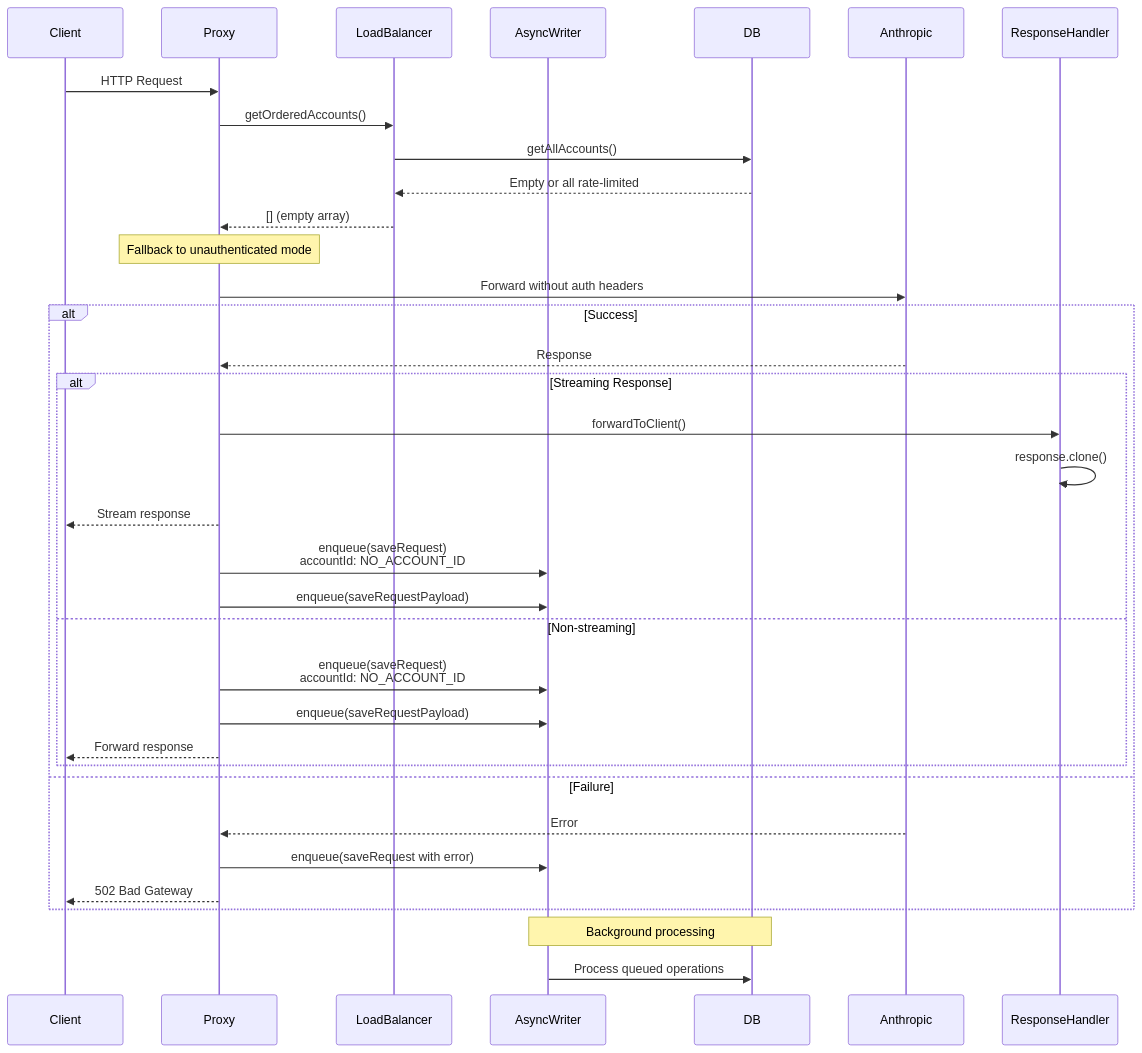
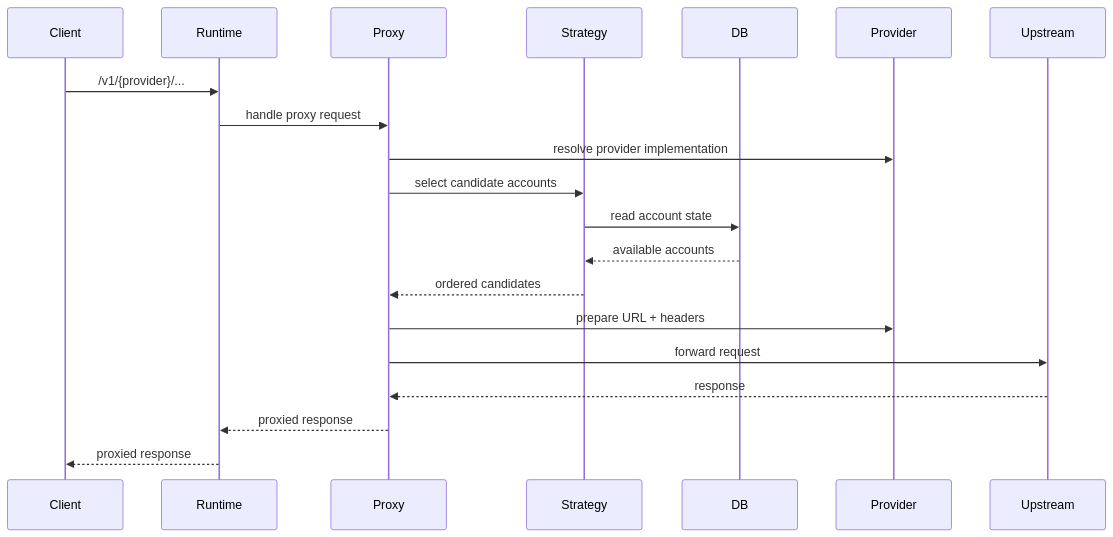
Before and after one commit to zenprocess/better-ccflare: the second of 6 diagrams in docs/data-flow.md, drawn with Mermaid. The commit also changed other lines of this file and 1026 other files, not shown here.

````diff
--- a/docs/data-flow.md
+++ b/docs/data-flow.md
@@ -443,42 +72,23 @@
 ```mermaid
 sequenceDiagram
     participant Client
+    participant Runtime
     participant Proxy
-    participant LoadBalancer
-    participant AsyncWriter
+    participant Strategy
     participant DB
-    participant Anthropic
+    participant Provider
+    participant Upstream
 
-    Client->>Proxy: HTTP Request
-    Proxy->>LoadBalancer: getOrderedAccounts()
-    LoadBalancer->>DB: getAllAccounts()
-    DB-->>LoadBalancer: Empty or all rate-limited
-    LoadBalancer-->>Proxy: [] (empty array)
-    
-    Note over Proxy: Fallback to unauthenticated mode
-    
-    Proxy->>Anthropic: Forward without auth headers
-    
-    alt Success
-        Anthropic-->>Proxy: Response
-        
-        alt Streaming Response
-            Proxy->>ResponseHandler: forwardToClient()
-            ResponseHandler->>ResponseHandler: response.clone()
-            Proxy-->>Client: Stream response
-            Proxy->>AsyncWriter: enqueue(saveRequest)<br/>accountId: NO_ACCOUNT_ID
-            Proxy->>AsyncWriter: enqueue(saveRequestPayload)
-        else Non-streaming
-            Proxy->>AsyncWriter: enqueue(saveRequest)<br/>accountId: NO_ACCOUNT_ID
-            Proxy->>AsyncWriter: enqueue(saveRequestPayload)
-            Proxy-->>Client: Forward response
-        end
-    else Failure
-        Anthropic-->>Proxy: Error
-        Proxy->>AsyncWriter: enqueue(saveRequest with error)
-        Proxy-->>Client: 502 Bad Gateway
-    end
-    
-    Note over AsyncWriter,DB: Background processing
-    AsyncWriter->>DB: Process queued operations
+    Client->>Runtime: /v1/{provider}/...
+    Runtime->>Proxy: handle proxy request
+    Proxy->>Provider: resolve provider implementation
+    Proxy->>Strategy: select candidate accounts
+    Strategy->>DB: read account state
+    DB-->>Strategy: available accounts
+    Strategy-->>Proxy: ordered candidates
+    Proxy->>Provider: prepare URL + headers
+    Proxy->>Upstream: forward request
+    Upstream-->>Proxy: response
+    Proxy-->>Runtime: proxied response
+    Runtime-->>Client: proxied response
 ```
````
